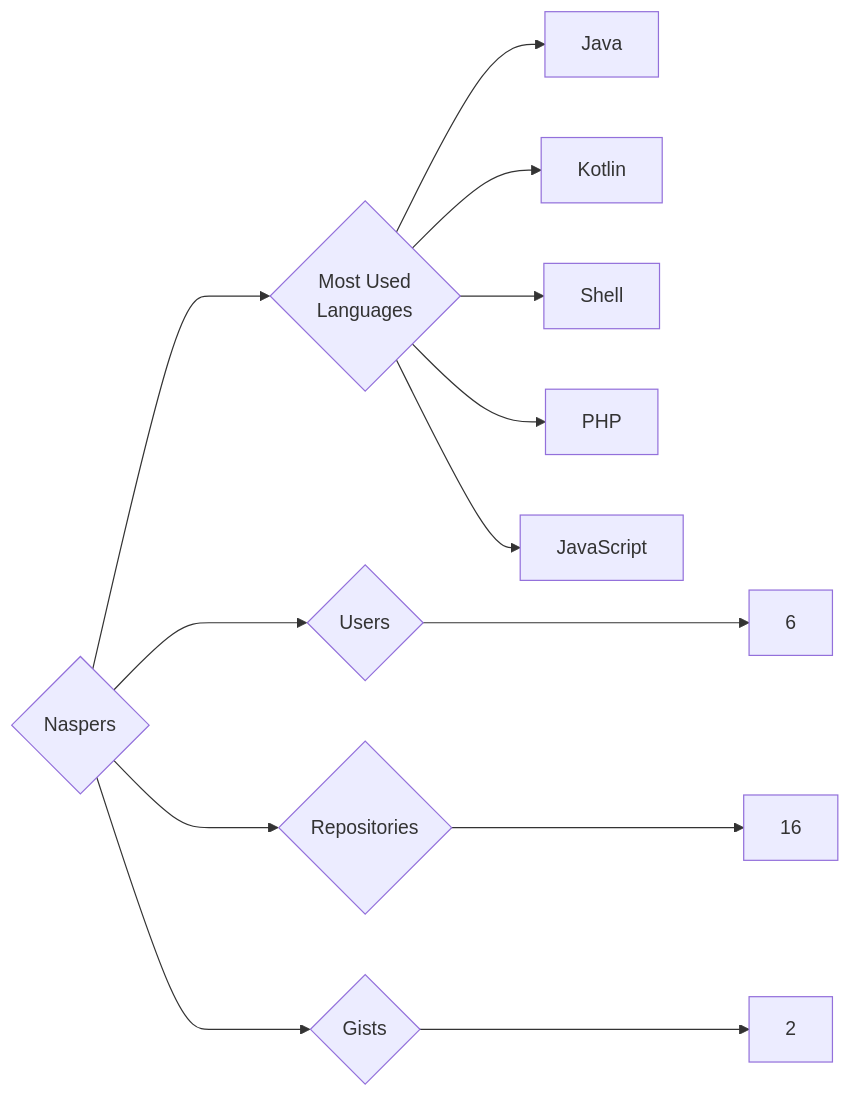
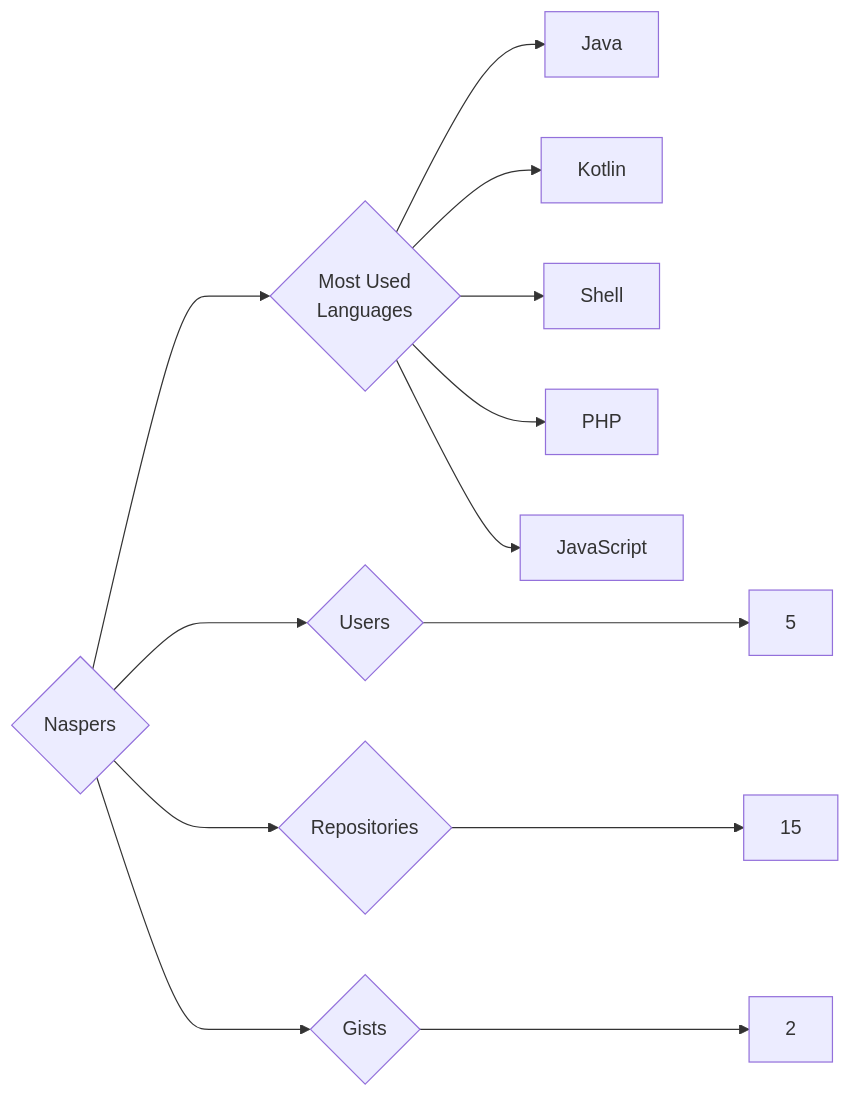
Before and after one commit to trickest/insiders: the diagram in targets/Naspers/README.md, drawn with Mermaid. The commit also changed 851 other files, not shown here.

````diff
--- a/targets/Naspers/README.md
+++ b/targets/Naspers/README.md
@@ -3,13 +3,13 @@
 ```mermaid
 graph LR
 COMPANY_NAME{Naspers}
-COMPANY_NAME ---> U{Users} ---> UN[6]
-COMPANY_NAME ---> R{Repositories} ---> RN[16]
+COMPANY_NAME ---> U{Users} ---> UN[5]
+COMPANY_NAME ---> R{Repositories} ---> RN[15]
 COMPANY_NAME ---> G{Gists} ---> GN[2]
 COMPANY_NAME ---> ML{Most Used<br>Languages}
 ML --> Java[Java]
 ML --> Kotlin[Kotlin]
 ML --> Shell[Shell]
 ML --> PHP[PHP]
 ML --> JavaScript[JavaScript]
 ```
````
